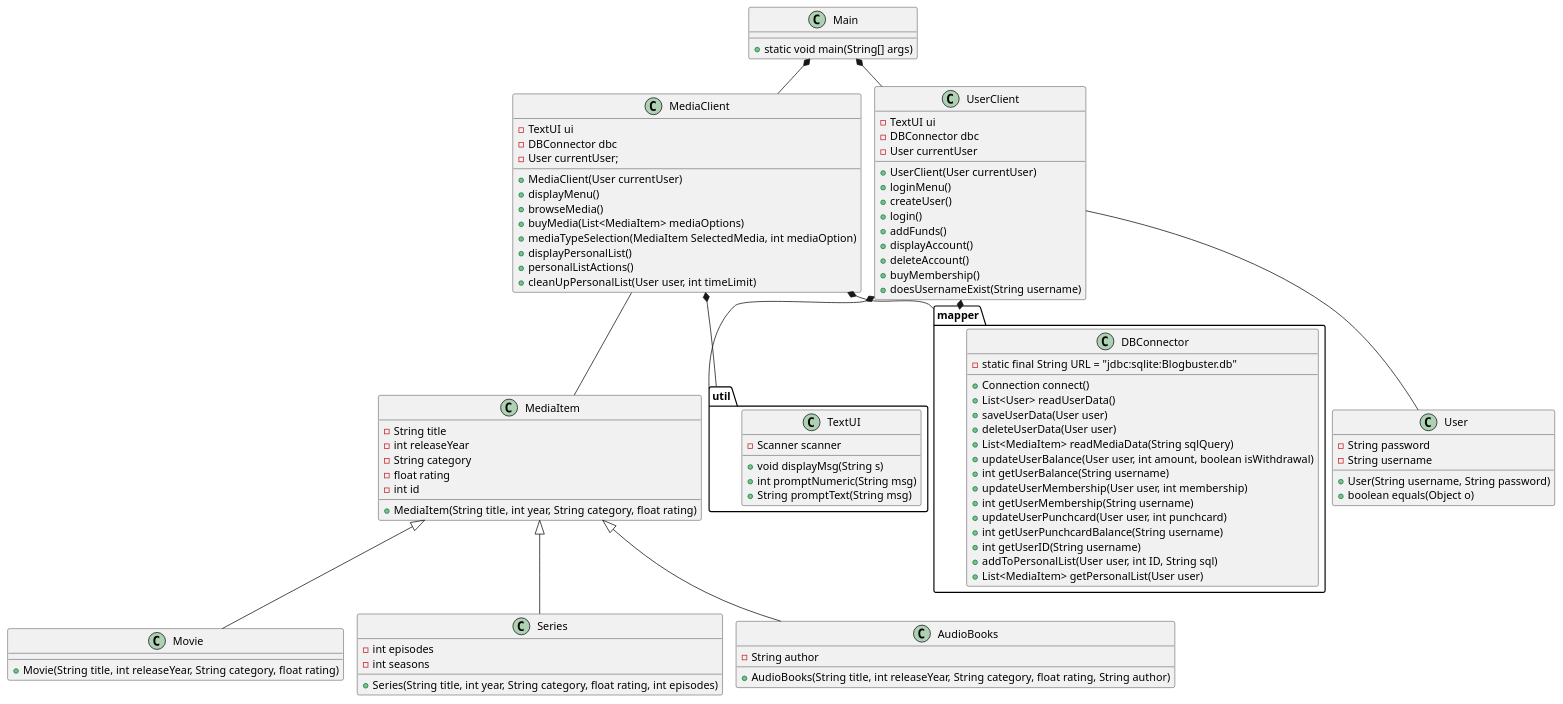
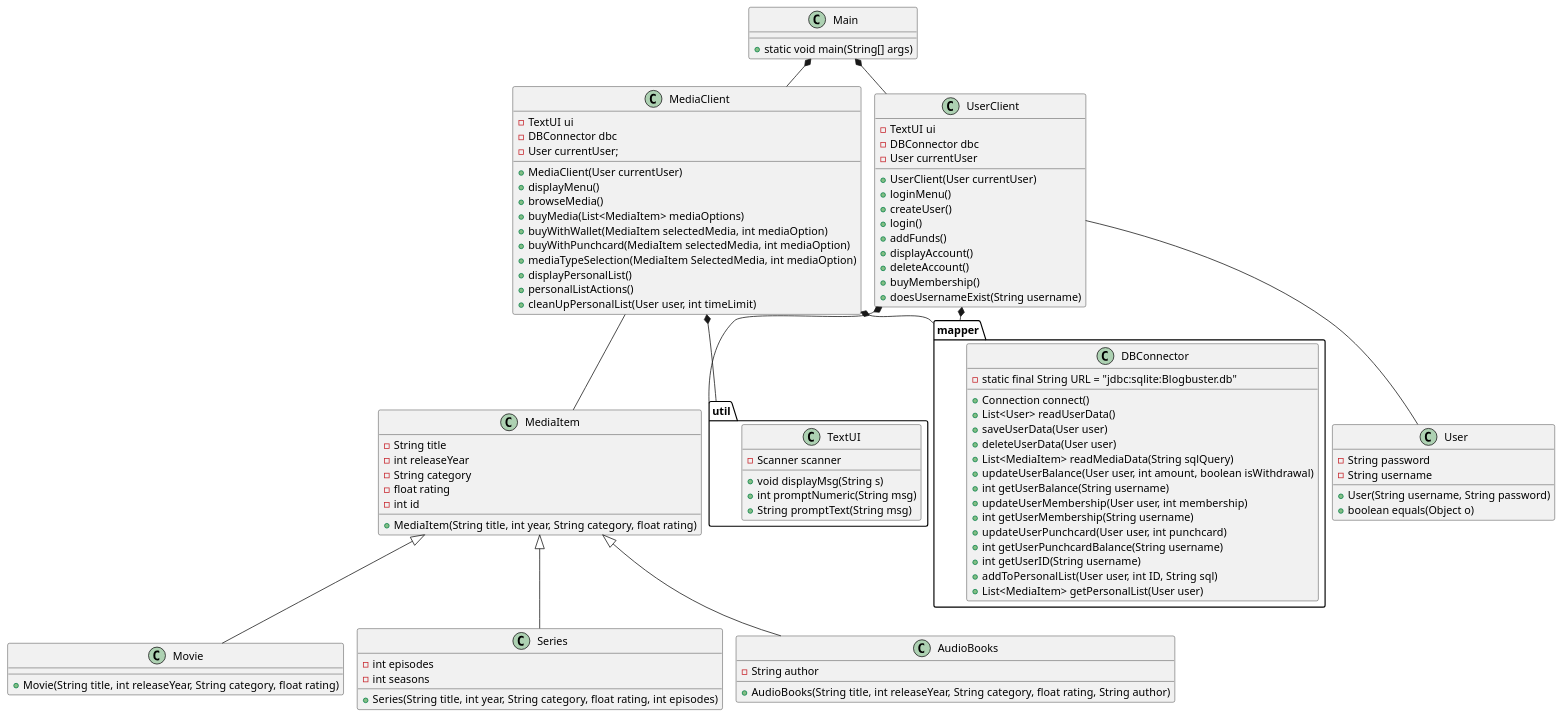
The diagram in docs/classdiagram_v0.puml (b-rino/ICE), drawn with PlantUML before and after one commit.

Commit message:
BuyMedia til Switch og displayBalance lavet

```diff
--- a/docs/classdiagram_v0.puml
+++ b/docs/classdiagram_v0.puml
@@ -1,117 +1,120 @@
 @startuml
 !pragma layout smetana
 
 class Main{
 + static void main(String[] args)
 
 }
 
 class MediaItem{
 - String title
 - int releaseYear
 - String category
 - float rating
 - int id
 +MediaItem(String title, int year, String category, float rating)
 
 }
 
 class MediaClient{
 -TextUI ui
 -DBConnector dbc
 -User currentUser;
 +MediaClient(User currentUser)
 +displayMenu()
 +browseMedia()
 +buyMedia(List<MediaItem> mediaOptions)
++buyWithWallet(MediaItem selectedMedia, int mediaOption)
++buyWithPunchcard(MediaItem selectedMedia, int mediaOption)
 +mediaTypeSelection(MediaItem SelectedMedia, int mediaOption)
 +displayPersonalList()
 +personalListActions()
 +cleanUpPersonalList(User user, int timeLimit)
+
 }
 
 
 class User{
 -String password
 -String username
 +User(String username, String password)
 +boolean equals(Object o)
 }
 
 
 class Movie{
 
 + Movie(String title, int releaseYear, String category, float rating)
 }
 
 class Series{
 - int episodes
 - int seasons
 +Series(String title, int year, String category, float rating, int episodes)
 }
 
 class AudioBooks{
 - String author
 + AudioBooks(String title, int releaseYear, String category, float rating, String author)
 }
 
 
 class UserClient{
 -TextUI ui
 -DBConnector dbc
 -User currentUser
 +UserClient(User currentUser)
 +loginMenu()
 +createUser()
 +login()
 +addFunds()
 +displayAccount()
 +deleteAccount()
 +buyMembership()
 +doesUsernameExist(String username)
 }
 
 
 package "util" {
 class TextUI{
 - Scanner scanner
 +void displayMsg(String s)
 +int promptNumeric(String msg)
 +String promptText(String msg)
 }
 }
 
 package "mapper" {
 class DBConnector{
 -static final String URL = "jdbc:sqlite:Blogbuster.db"
 +Connection connect()
 +List<User> readUserData()
 +saveUserData(User user)
 +deleteUserData(User user)
 +List<MediaItem> readMediaData(String sqlQuery)
 +updateUserBalance(User user, int amount, boolean isWithdrawal)
 +int getUserBalance(String username)
 +updateUserMembership(User user, int membership)
 +int getUserMembership(String username)
 +updateUserPunchcard(User user, int punchcard)
 +int getUserPunchcardBalance(String username)
 +int getUserID(String username)
 +addToPersonalList(User user, int ID, String sql)
 +List<MediaItem> getPersonalList(User user)
 }
 }
 
 
 MediaItem<|--Series
 MediaItem <|-- Movie
 Main *-- MediaClient
 MediaClient *-- "util"
 MediaClient -- MediaItem
 Main *-- UserClient
 UserClient -- User
 UserClient *--"util"
 UserClient *-- "mapper"
 MediaClient *-- "mapper"
 MediaItem <|-- AudioBooks
 
 @enduml
```
